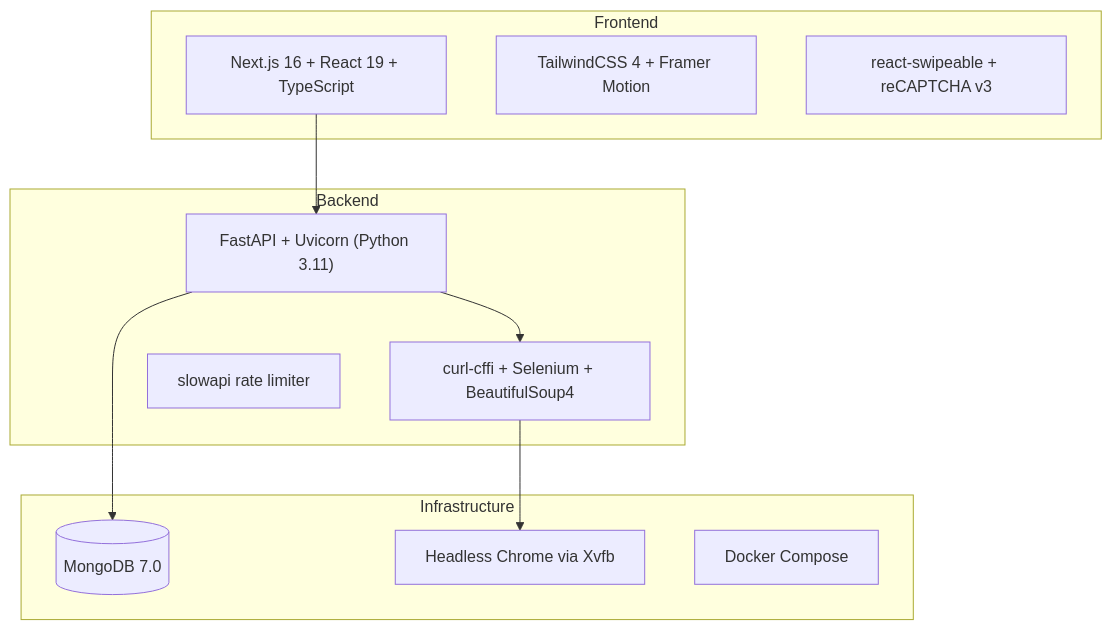
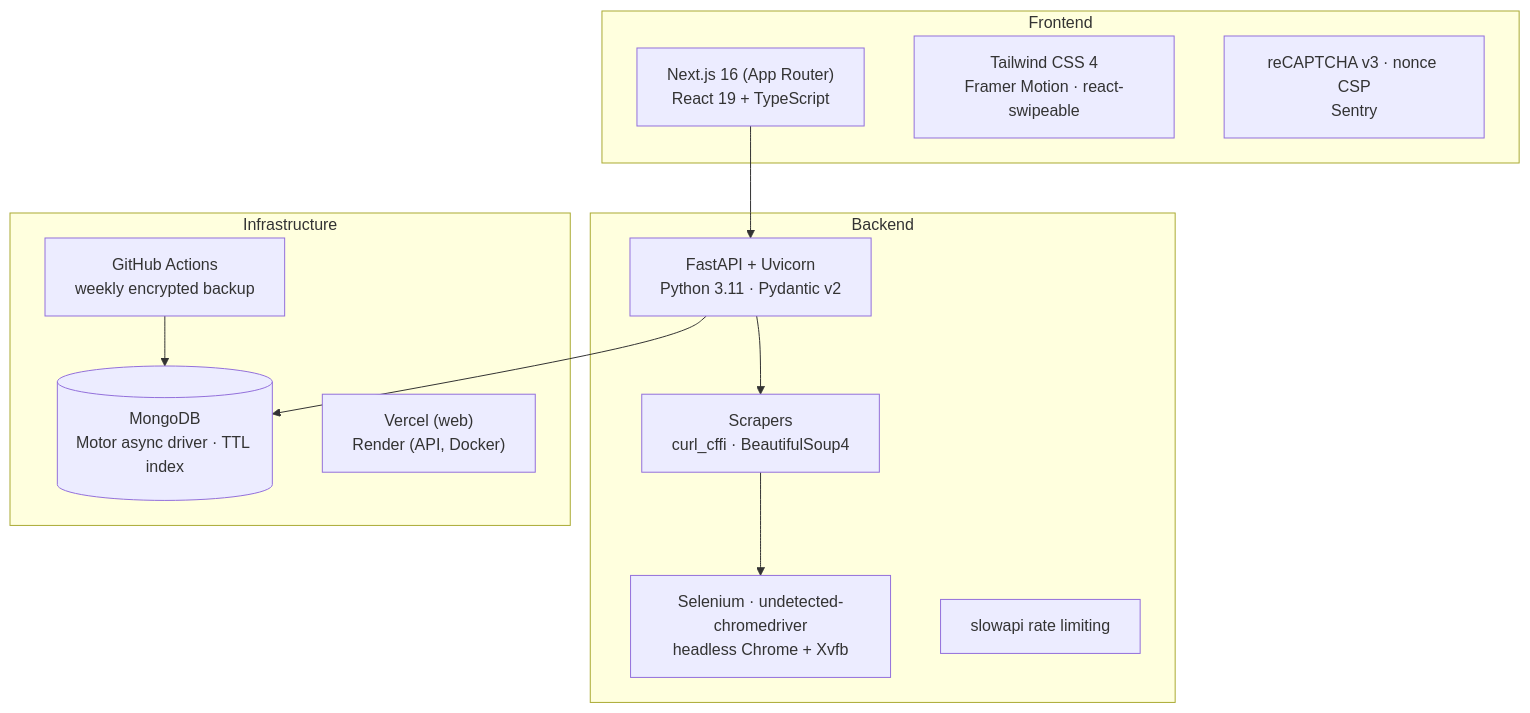
Before and after one commit to snsyaqirah/snsyaqirah.github.io: the first of 16 diagrams in portfolio-react/public/docs/surveyluhh.md, drawn with Mermaid. The commit also changed other lines of this file and 101 other files, not shown here.

````diff
--- a/portfolio-react/public/docs/surveyluhh.md
+++ b/portfolio-react/public/docs/surveyluhh.md
@@ -60,22 +82,24 @@
 ```mermaid
 graph TD
     subgraph Frontend
-        FE["Next.js 16 + React 19 + TypeScript"]
-        UI["TailwindCSS 4 + Framer Motion"]
-        SW["react-swipeable + reCAPTCHA v3"]
+        FE["Next.js 16 (App Router)<br/>React 19 + TypeScript"]
+        UI["Tailwind CSS 4<br/>Framer Motion · react-swipeable"]
+        SEC["reCAPTCHA v3 · nonce CSP<br/>Sentry"]
     end
     subgraph Backend
-        BE["FastAPI + Uvicorn (Python 3.11)"]
-        SCRAPER["curl-cffi + Selenium + BeautifulSoup4"]
-        RL["slowapi rate limiter"]
+        BE["FastAPI + Uvicorn<br/>Python 3.11 · Pydantic v2"]
+        SCR["Scrapers<br/>curl_cffi · BeautifulSoup4"]
+        SEL["Selenium · undetected-chromedriver<br/>headless Chrome + Xvfb"]
+        RL["slowapi rate limiting"]
     end
     subgraph Infrastructure
-        DB[("MongoDB 7.0")]
-        CHROME["Headless Chrome via Xvfb"]
-        HOST["Docker Compose"]
+        DB[("MongoDB<br/>Motor async driver · TTL index")]
+        GH["GitHub Actions<br/>weekly encrypted backup"]
+        HOST["Vercel (web)<br/>Render (API, Docker)"]
     end
     FE --> BE
     BE --> DB
-    BE --> SCRAPER
-    SCRAPER --> CHROME
+    BE --> SCR
+    SCR --> SEL
+    GH --> DB
 ```
````
